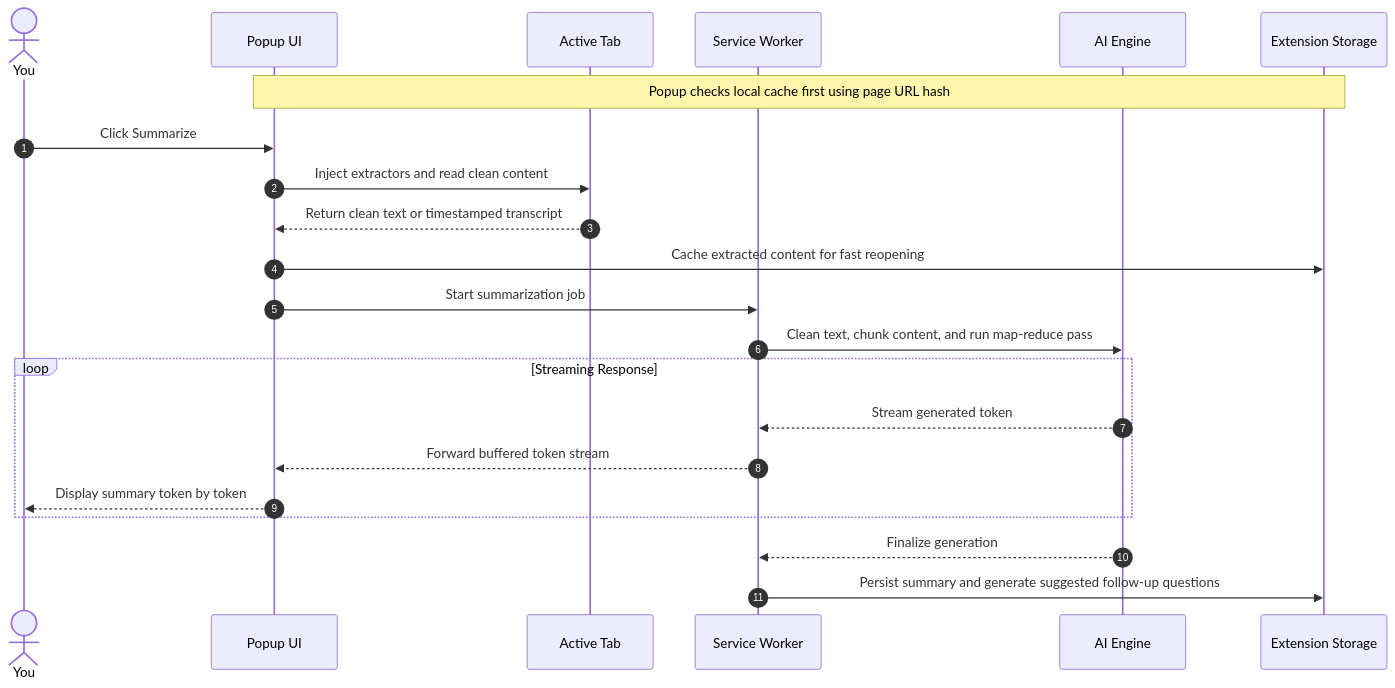
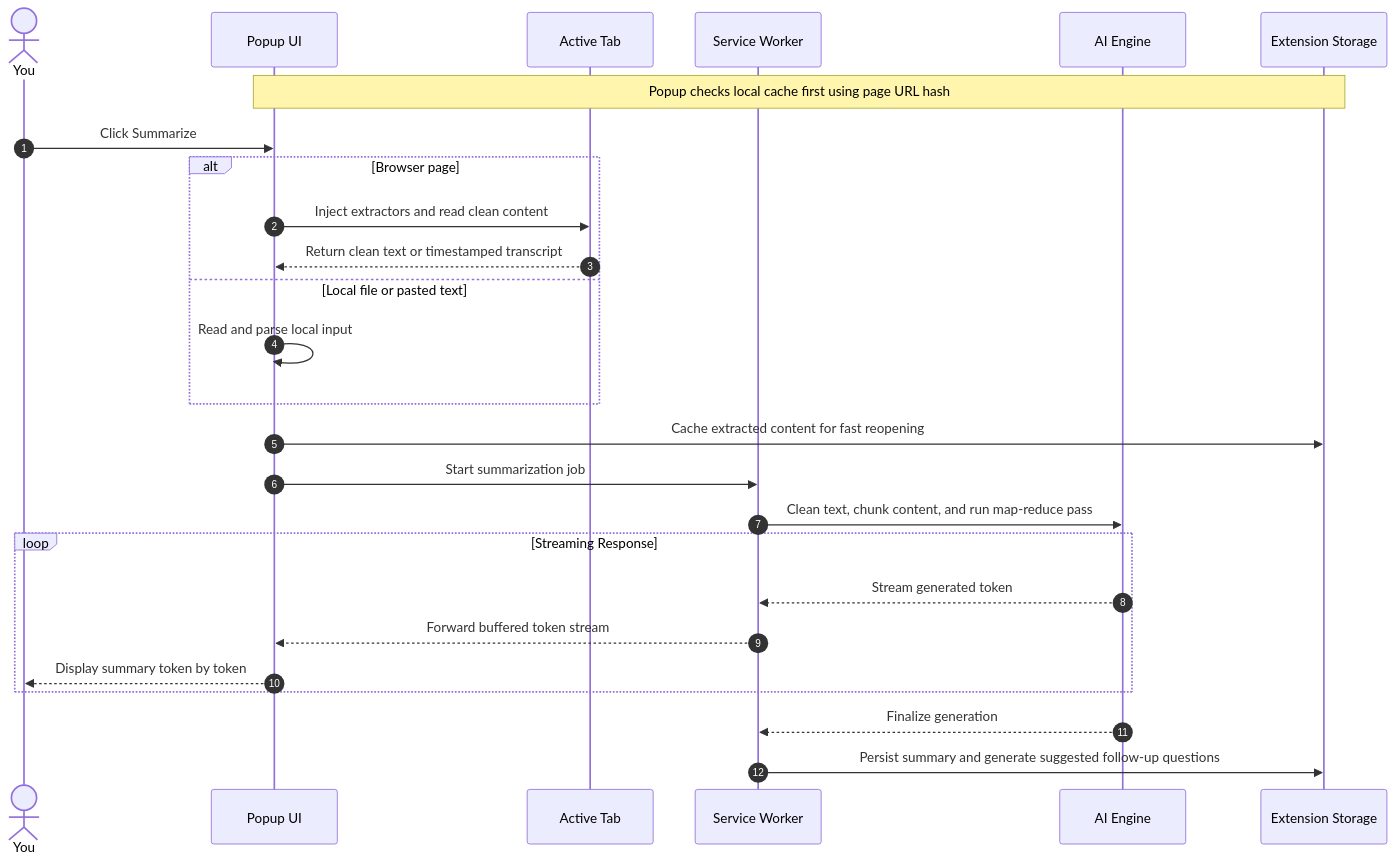
One commit to MayurK-cmd/apogee changed the second of 2 diagrams in ARCHITECTURE.md. Above: the diagram before and after it, drawn with Mermaid. The commit also changed other lines of this file and 15 other files, not shown here.

````diff
--- a/ARCHITECTURE.md
+++ b/ARCHITECTURE.md
@@ -89,25 +91,29 @@
 ```mermaid
 sequenceDiagram
     autonumber
     actor You
     participant P as Popup UI
     participant Page as Active Tab
     participant SW as Service Worker
     participant Engine as AI Engine
     participant DB as Extension Storage
 
     Note over P,DB: Popup checks local cache first using page URL hash
     You->>P: Click Summarize
-    P->>Page: Inject extractors and read clean content
-    Page-->>P: Return clean text or timestamped transcript
+    alt Browser page
+        P->>Page: Inject extractors and read clean content
+        Page-->>P: Return clean text or timestamped transcript
+    else Local file or pasted text
+        P->>P: Read and parse local input
+    end
     P->>DB: Cache extracted content for fast reopening
     P->>SW: Start summarization job
     SW->>Engine: Clean text, chunk content, and run map-reduce pass
     loop Streaming Response
         Engine-->>SW: Stream generated token
         SW-->>P: Forward buffered token stream
         P-->>You: Display summary token by token
     end
     Engine-->>SW: Finalize generation
     SW->>DB: Persist summary and generate suggested follow-up questions
 ```
````
